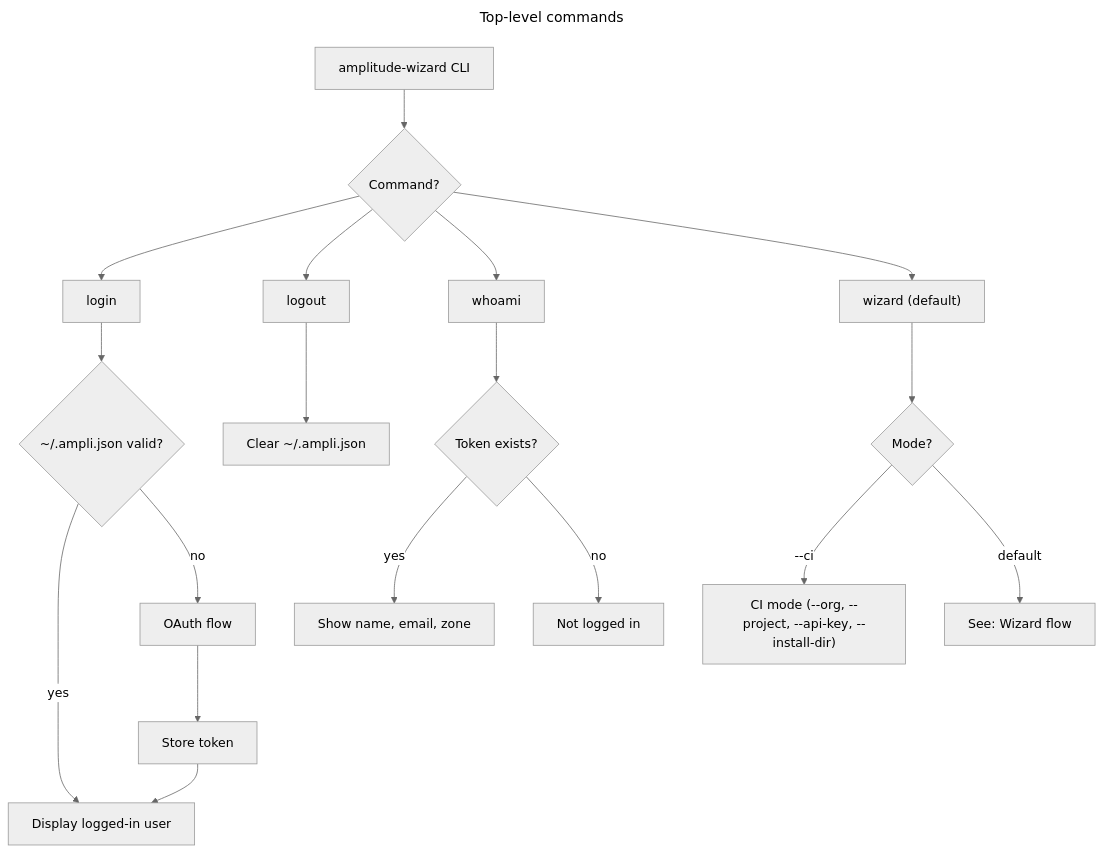
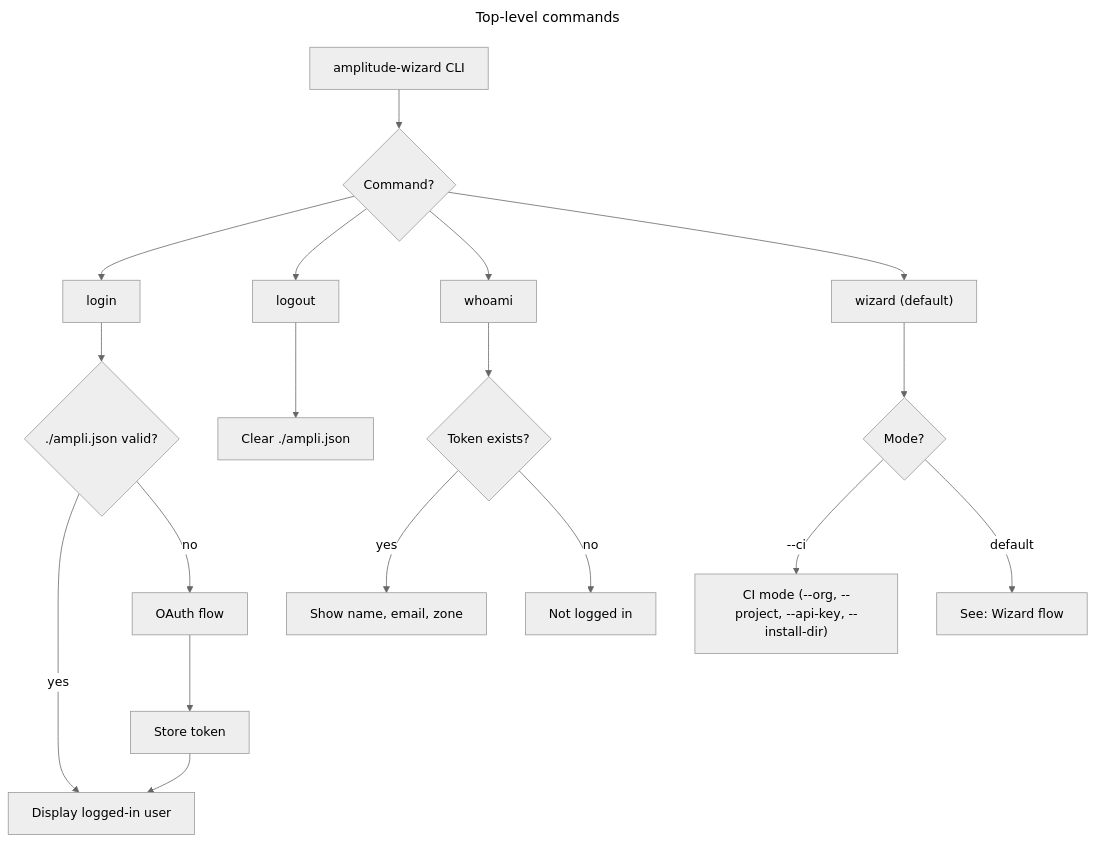
The diagram in docs/diagrams/slash-commands.mmd (amplitude/wizard), drawn with Mermaid (neutral theme) before and after one commit. The commit also changed 14 other files, not shown here.

First line of the commit message:
Store credentials in project ./ampli.json, add OAuth logging, and test ampli-settings

```diff
--- a/docs/diagrams/slash-commands.mmd
+++ b/docs/diagrams/slash-commands.mmd
@@ -1,24 +1,24 @@
 ---
 title: Top-level commands
 ---
 flowchart TD
     CLI["amplitude-wizard CLI"] --> CMD{Command?}
 
     CMD --> LOGIN["login"]
     CMD --> LOGOUT["logout"]
     CMD --> WHOAMI["whoami"]
     CMD --> WIZARD["wizard (default)"]
 
-    LOGIN --> LOGIN_CHECK{~/.ampli.json valid?}
+    LOGIN --> LOGIN_CHECK{./ampli.json valid?}
     LOGIN_CHECK -->|yes| LOGIN_DONE["Display logged-in user"]
     LOGIN_CHECK -->|no| OAUTH["OAuth flow"] --> STORE["Store token"] --> LOGIN_DONE
 
-    LOGOUT --> CLEAR["Clear ~/.ampli.json"]
+    LOGOUT --> CLEAR["Clear ./ampli.json"]
 
     WHOAMI --> CHECK_TOKEN{Token exists?}
     CHECK_TOKEN -->|yes| SHOW_USER["Show name, email, zone"]
     CHECK_TOKEN -->|no| NOT_LOGGED_IN["Not logged in"]
 
     WIZARD --> MODE{Mode?}
     MODE -->|--ci| CI["CI mode (--org, --project, --api-key, --install-dir)"]
     MODE -->|default| W["See: Wizard flow"]
```
